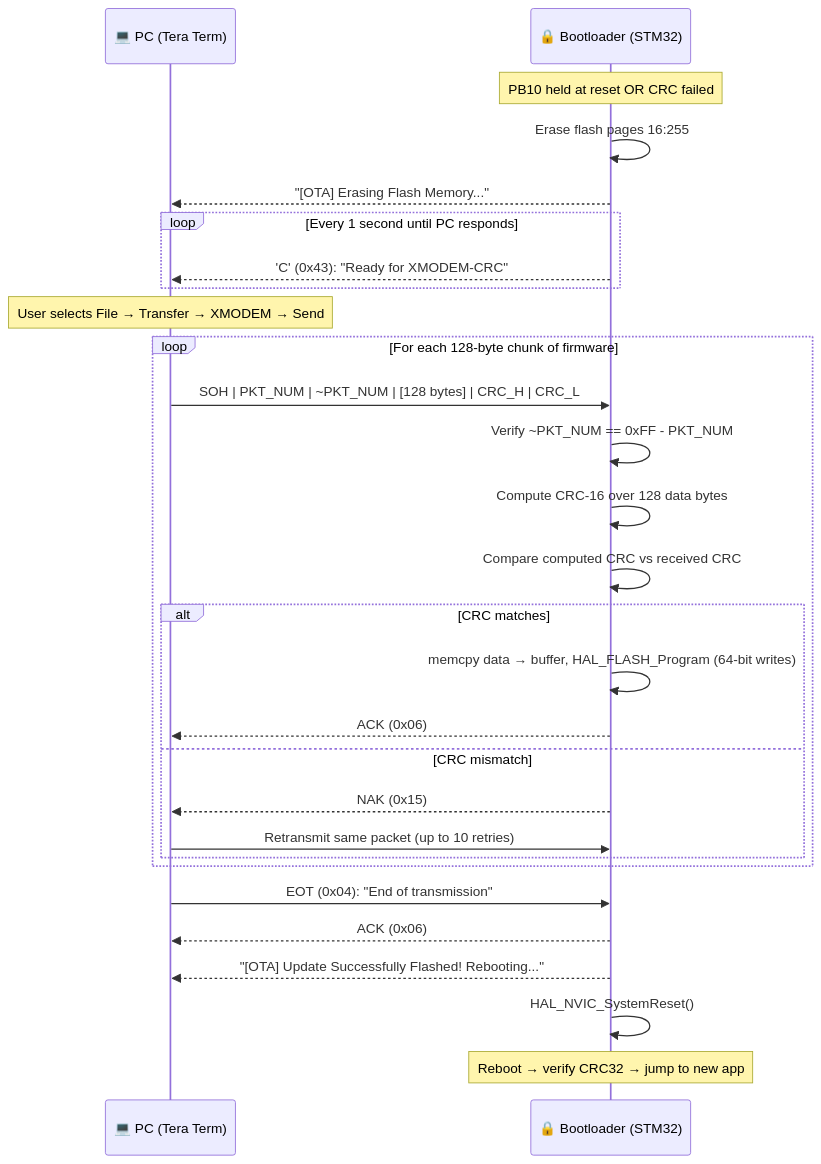
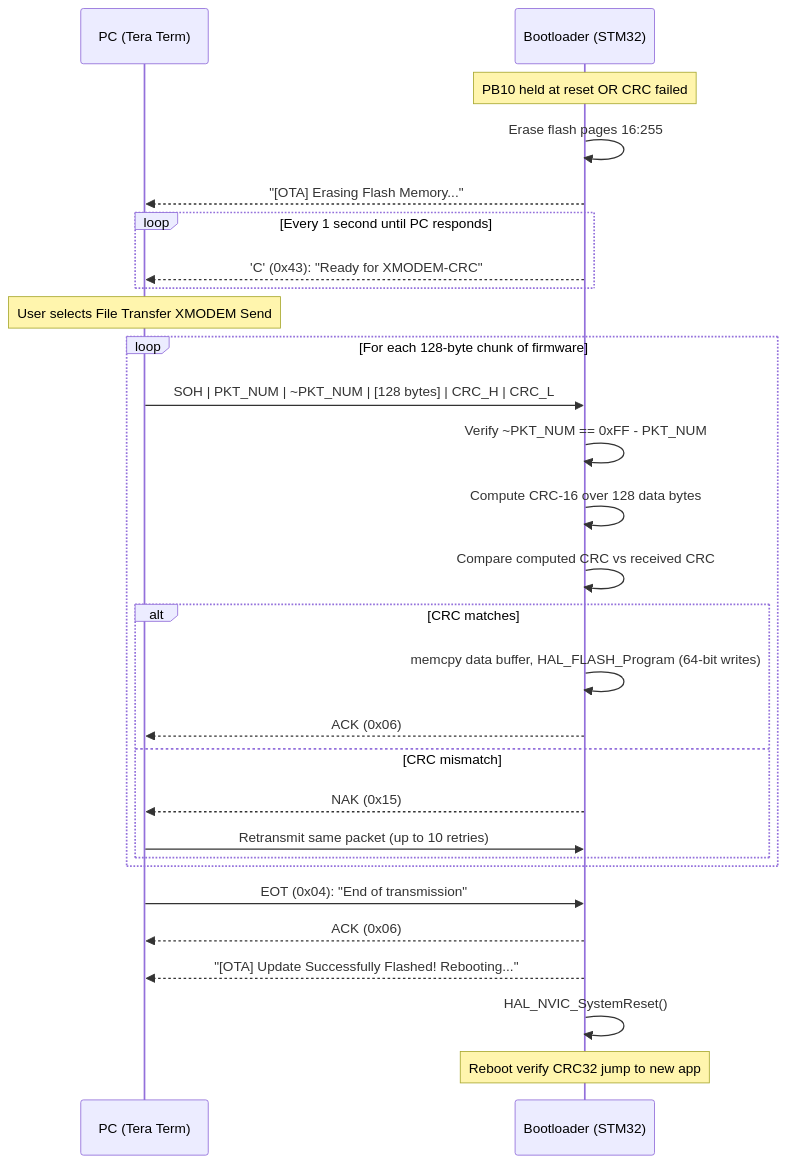
One commit to HeetYadav/STM32-FreeRTOS-Advanced-Embedded-System changed the diagram in docs/07_ota_xmodem.md. Above: the diagram before and after it, drawn with Mermaid. The commit also changed other lines of this file and 15 other files, not shown here.

````diff
--- a/docs/07_ota_xmodem.md
+++ b/docs/07_ota_xmodem.md
@@ -162,38 +162,38 @@
 ```mermaid
 sequenceDiagram
-    participant PC as 💻 PC (Tera Term)
-    participant BL as 🔒 Bootloader (STM32)
+    participant PC as  PC (Tera Term)
+    participant BL as  Bootloader (STM32)
 
     Note over BL: PB10 held at reset OR CRC failed
     BL->>BL: Erase flash pages 16:255
     BL-->>PC: "[OTA] Erasing Flash Memory..."
 
     loop Every 1 second until PC responds
         BL-->>PC: 'C' (0x43): "Ready for XMODEM-CRC"
     end
 
-    Note over PC: User selects File → Transfer → XMODEM → Send
+    Note over PC: User selects File  Transfer  XMODEM  Send
 
     loop For each 128-byte chunk of firmware
         PC->>BL: SOH | PKT_NUM | ~PKT_NUM | [128 bytes] | CRC_H | CRC_L
 
         BL->>BL: Verify ~PKT_NUM == 0xFF - PKT_NUM
         BL->>BL: Compute CRC-16 over 128 data bytes
         BL->>BL: Compare computed CRC vs received CRC
 
         alt CRC matches
-            BL->>BL: memcpy data → buffer, HAL_FLASH_Program (64-bit writes)
+            BL->>BL: memcpy data  buffer, HAL_FLASH_Program (64-bit writes)
             BL-->>PC: ACK (0x06)
         else CRC mismatch
             BL-->>PC: NAK (0x15)
             PC->>BL: Retransmit same packet (up to 10 retries)
         end
     end
 
     PC->>BL: EOT (0x04): "End of transmission"
     BL-->>PC: ACK (0x06)
     BL-->>PC: "[OTA] Update Successfully Flashed! Rebooting..."
     BL->>BL: HAL_NVIC_SystemReset()
 
-    Note over BL: Reboot → verify CRC32 → jump to new app
+    Note over BL: Reboot  verify CRC32  jump to new app
 ```
````
